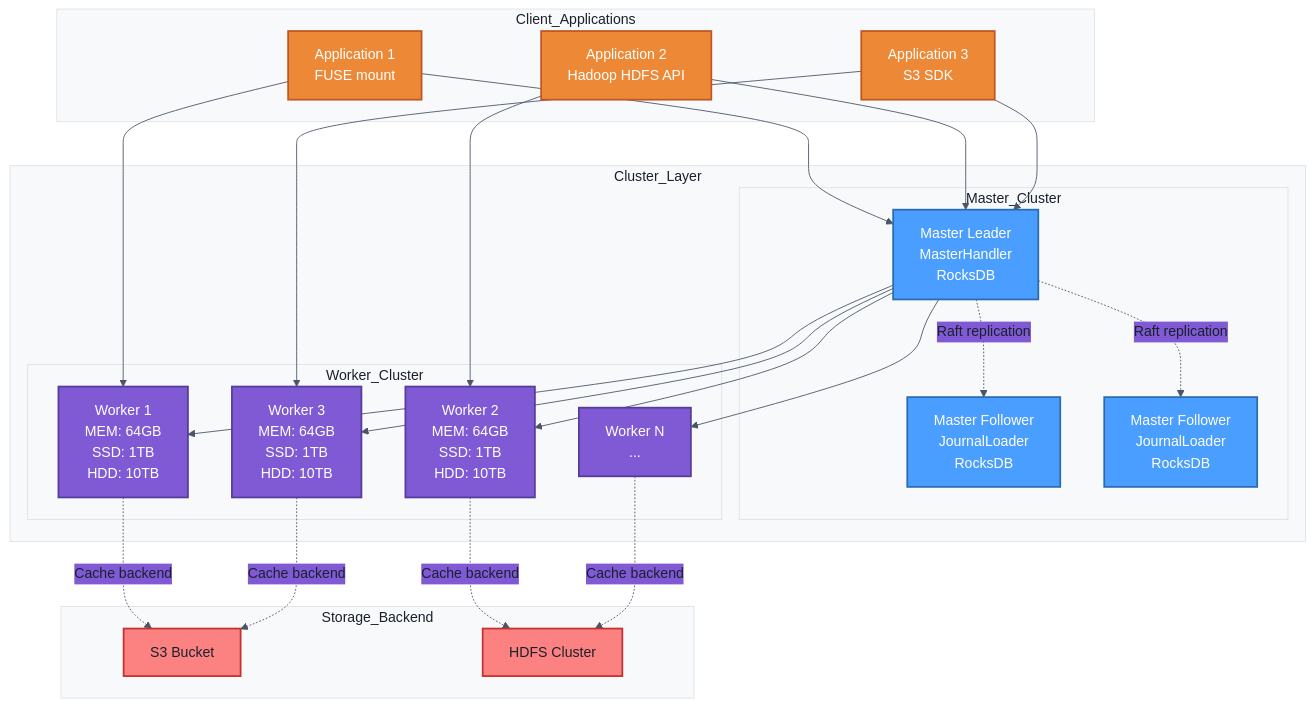
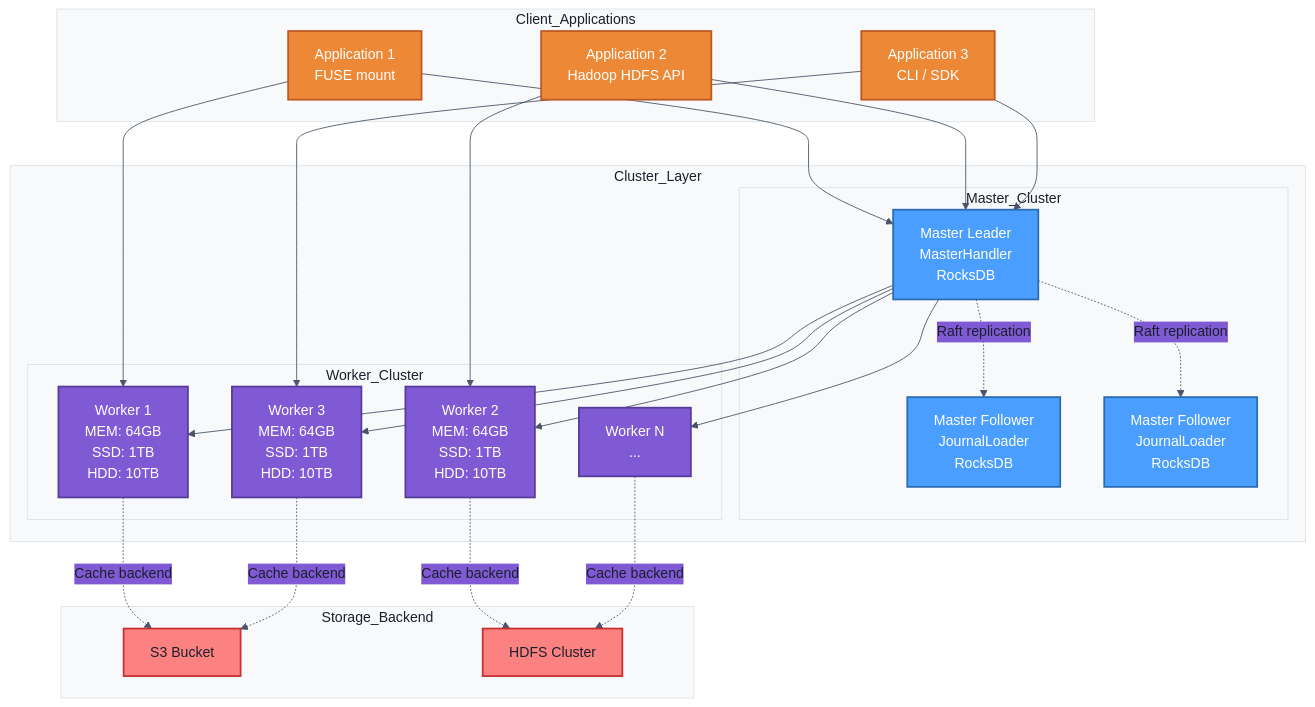
Before and after one commit to CurvineIO/curvine-doc: the first of 2 diagrams in docs/2-Deploy/0-Deployment-Overview/0-Deployment-Architecture.md, drawn with Mermaid. The commit also changed other lines of this file and 23 other files, not shown here.

````diff
--- a/docs/2-Deploy/0-Deployment-Overview/0-Deployment-Architecture.md
+++ b/docs/2-Deploy/0-Deployment-Overview/0-Deployment-Architecture.md
@@ -12,59 +12,59 @@
 ```mermaid
 %%{init: {'theme': 'base', 'themeVariables': { 'background': '#ffffff', 'primaryColor': '#4a9eff', 'primaryTextColor': '#1a202c', 'primaryBorderColor': '#3182ce', 'lineColor': '#4a5568', 'secondaryColor': '#805ad5', 'tertiaryColor': '#38a169', 'mainBkg': '#ffffff', 'nodeBorder': '#4a5568', 'clusterBkg': '#f8f9fa', 'clusterBorder': '#dee2e6', 'titleColor': '#1a202c'}}}%%
 flowchart TD
     subgraph Client_Applications
         App1[Application 1<br/>FUSE mount]
         App2[Application 2<br/>Hadoop HDFS API]
-        App3[Application 3<br/>S3 SDK]
+        App3[Application 3<br/>CLI / SDK]
     end
 
     subgraph Cluster_Layer
         subgraph Master_Cluster
             MasterLeader[Master Leader<br/>MasterHandler<br/>RocksDB]
             MasterFollower1[Master Follower<br/>JournalLoader<br/>RocksDB]
             MasterFollower2[Master Follower<br/>JournalLoader<br/>RocksDB]
             MasterLeader -. Raft replication .-> MasterFollower1
             MasterLeader -. Raft replication .-> MasterFollower2
         end
 
         subgraph Worker_Cluster
             Worker1[Worker 1<br/>MEM: 64GB<br/>SSD: 1TB<br/>HDD: 10TB]
             Worker2[Worker 2<br/>MEM: 64GB<br/>SSD: 1TB<br/>HDD: 10TB]
             Worker3[Worker 3<br/>MEM: 64GB<br/>SSD: 1TB<br/>HDD: 10TB]
             WorkerN[Worker N<br/>...]
         end
     end
 
     subgraph Storage_Backend
         S3Bucket[S3 Bucket]
         HDFSCluster[HDFS Cluster]
     end
 
     App1 --> MasterLeader
     App1 --> Worker1
     App2 --> MasterLeader
     App2 --> Worker2
     App3 --> MasterLeader
     App3 --> Worker3
 
     MasterLeader --> Worker1
     MasterLeader --> Worker2
     MasterLeader --> Worker3
     MasterLeader --> WorkerN
 
     Worker1 -. Cache backend .-> S3Bucket
     Worker2 -. Cache backend .-> HDFSCluster
     Worker3 -. Cache backend .-> S3Bucket
     WorkerN -. Cache backend .-> HDFSCluster
 
     %% Styles
     classDef appStyle fill:#ed8936,stroke:#c05621,color:#fff,stroke-width:2px
     classDef masterStyle fill:#4a9eff,stroke:#2b6cb0,color:#fff,stroke-width:2px
     classDef workerStyle fill:#805ad5,stroke:#553c9a,color:#fff,stroke-width:2px
     classDef storageStyle fill:#fc8181,stroke:#c53030,color:#1a202c,stroke-width:2px
     
     class App1,App2,App3 appStyle
     class MasterLeader,MasterFollower1,MasterFollower2 masterStyle
     class Worker1,Worker2,Worker3,WorkerN workerStyle
     class S3Bucket,HDFSCluster storageStyle
 ```
````
